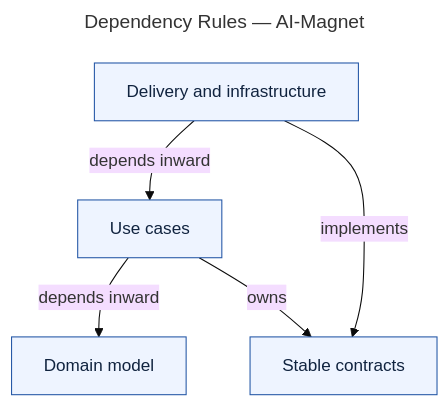
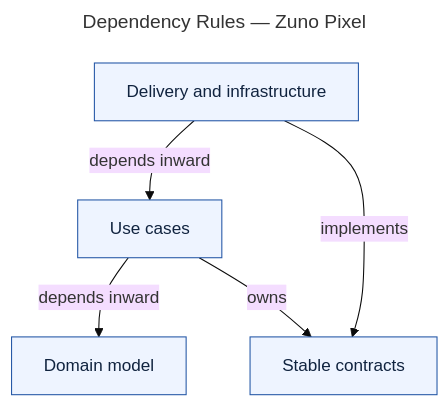
The diagram in planning/architecture/diagrams/dependency.mmd (Tauhid-dev/Brand-website), drawn with Mermaid (base theme) before and after one commit. The commit also changed 73 other files, not shown here.

Commit message:
feat(brand): complete Zuno Pixel phase 1

```diff
--- a/planning/architecture/diagrams/dependency.mmd
+++ b/planning/architecture/diagrams/dependency.mmd
@@ -1,14 +1,14 @@
 ---
-title: "Dependency Rules — AI-Magnet"
+title: "Dependency Rules — Zuno Pixel"
 ---
 flowchart TD
     outer["Delivery and infrastructure"]
     application["Use cases"]
     domain["Domain model"]
     contracts["Stable contracts"]
     outer -->|"depends inward"| application
     application -->|"depends inward"| domain
     outer -->|"implements"| contracts
     application -->|"owns"| contracts
     classDef genesis fill:#eef4ff,stroke:#2457a6,color:#10233f
     class outer,application,domain,contracts genesis
```
